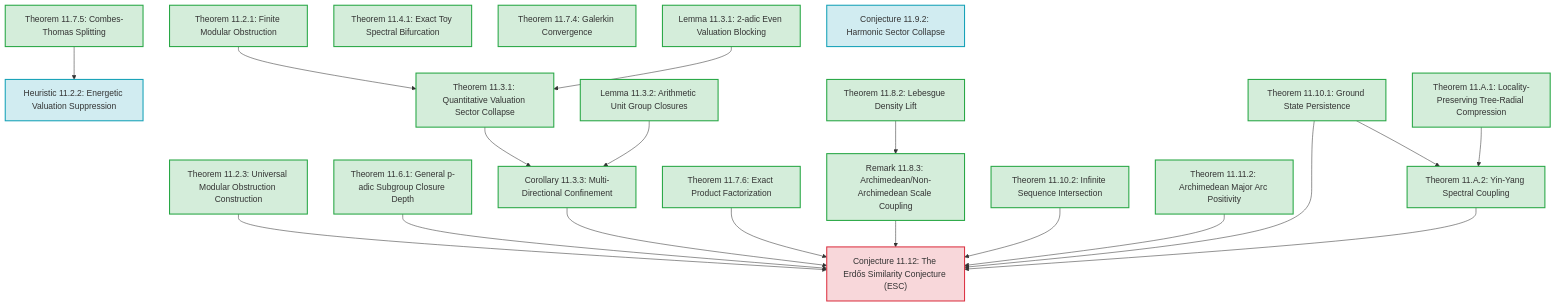
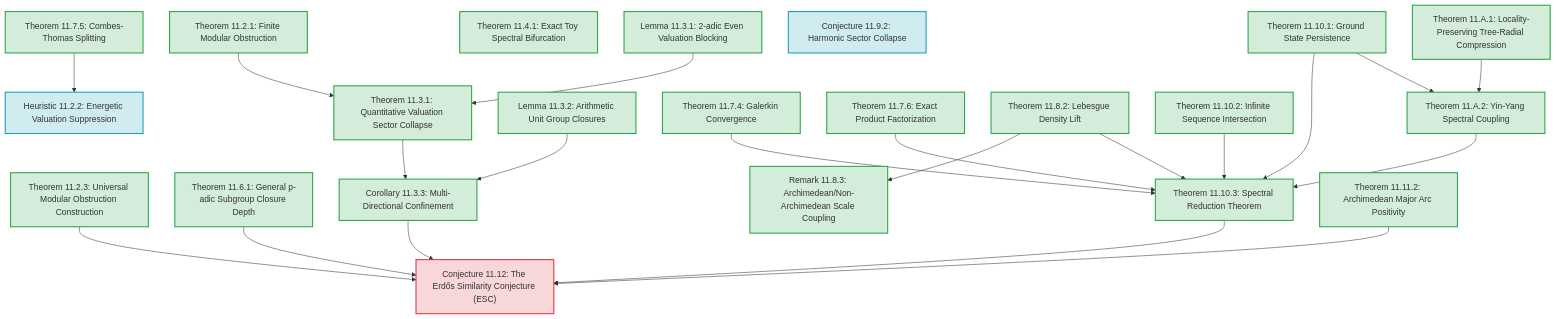
One commit to sneed-and-feed/adelic-spectral-zeta changed the diagram in docs/monograph/11_erdos_similarity_adelic.md. Above: the diagram before and after it, drawn with Mermaid. The commit also changed other lines of this file, not shown here.

Commit message:
Formulate and prove Theorem 11.10.3 (Spectral Reduction Theorem) as centerpiece

````diff
--- a/docs/monograph/11_erdos_similarity_adelic.md
+++ b/docs/monograph/11_erdos_similarity_adelic.md
@@ -47,47 +48,50 @@
 ```mermaid
 graph TD
     classDef proved fill:#d4edda,stroke:#28a745,stroke-width:2px;
     classDef conditional fill:#fff3cd,stroke:#ffc107,stroke-width:2px;
     classDef numerical fill:#d1ecf1,stroke:#17a2b8,stroke-width:2px;
     classDef conjectural fill:#f8d7da,stroke:#dc3545,stroke-width:2px;
 
     T1121["Theorem 11.2.1: Finite Modular Obstruction"]:::proved
     H1122["Heuristic 11.2.2: Energetic Valuation Suppression"]:::numerical
     T1123["Theorem 11.2.3: Universal Modular Obstruction Construction"]:::proved
     L1131["Lemma 11.3.1: 2-adic Even Valuation Blocking"]:::proved
     T1131["Theorem 11.3.1: Quantitative Valuation Sector Collapse"]:::proved
     L1132["Lemma 11.3.2: Arithmetic Unit Group Closures"]:::proved
     T1161["Theorem 11.6.1: General p-adic Subgroup Closure Depth"]:::proved
     C1133["Corollary 11.3.3: Multi-Directional Confinement"]:::proved
     T1141["Theorem 11.4.1: Exact Toy Spectral Bifurcation"]:::proved
     T1174["Theorem 11.7.4: Galerkin Convergence"]:::proved
     T1175["Theorem 11.7.5: Combes-Thomas Splitting"]:::proved
     T1176["Theorem 11.7.6: Exact Product Factorization"]:::proved
     T1182["Theorem 11.8.2: Lebesgue Density Lift"]:::proved
     R1183["Remark 11.8.3: Archimedean/Non-Archimedean Scale Coupling"]:::proved
     H1192["Conjecture 11.9.2: Harmonic Sector Collapse"]:::numerical
     T11101["Theorem 11.10.1: Ground State Persistence"]:::proved
     T11102["Theorem 11.10.2: Infinite Sequence Intersection"]:::proved
+    T11103["Theorem 11.10.3: Spectral Reduction Theorem"]:::proved
     T11112["Theorem 11.11.2: Archimedean Major Arc Positivity"]:::proved
     T11A1["Theorem 11.A.1: Locality-Preserving Tree-Radial Compression"]:::proved
     T11A2["Theorem 11.A.2: Yin-Yang Spectral Coupling"]:::proved
     ESC["Conjecture 11.12: The Erdős Similarity Conjecture (ESC)"]:::conjectural
 
     T1121 --> T1131
     L1131 --> T1131
     T1131 --> C1133
     L1132 --> C1133
     T1175 --> H1122
     T1182 --> R1183
     T1123 --> ESC
     C1133 --> ESC
-    R1183 --> ESC
-    T11101 --> ESC
-    T11102 --> ESC
+    T1174 --> T11103
+    T1176 --> T11103
+    T1182 --> T11103
+    T11101 --> T11103
+    T11102 --> T11103
+    T11A2 --> T11103
+    T11103 --> ESC
     T11112 --> ESC
-    T1176 --> ESC
     T1161 --> ESC
     T11A1 --> T11A2
     T11101 --> T11A2
-    T11A2 --> ESC
 ```
````
